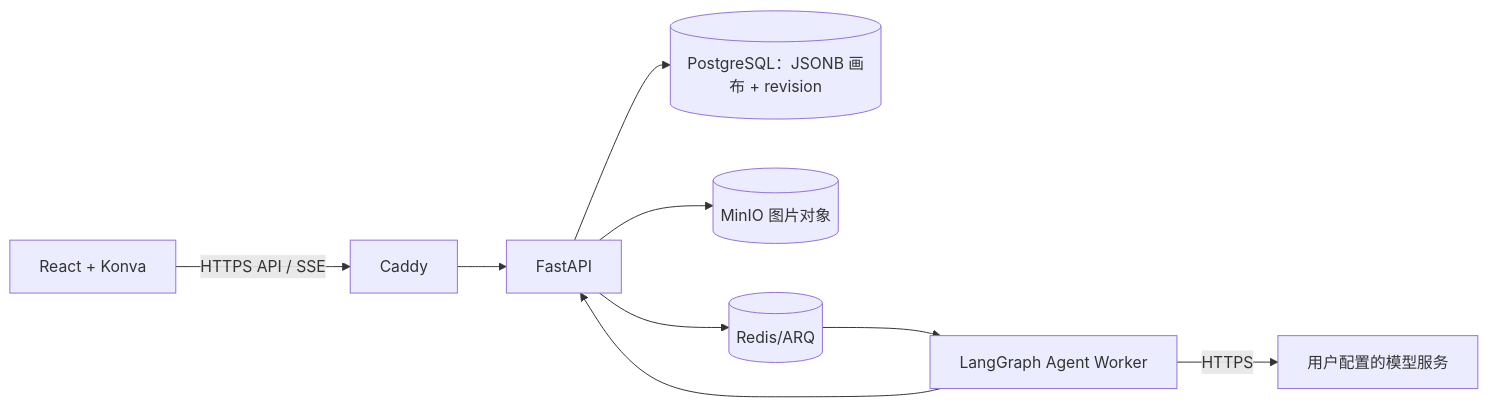
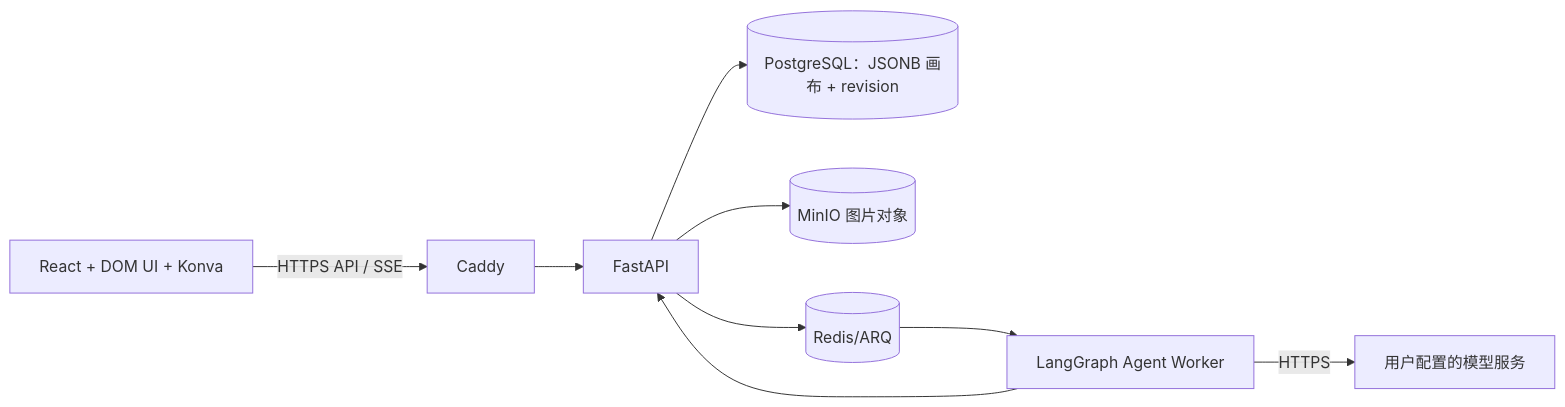
The diagram in docs/ARCHITECTURE.md (leileigwl/online-canvas-platform), drawn with Mermaid before and after one commit. The commit also changed other lines of this file and 11 other files, not shown here.

````diff
--- a/docs/ARCHITECTURE.md
+++ b/docs/ARCHITECTURE.md
@@ -9,11 +9,11 @@
 ```mermaid
 flowchart LR
-  Browser[React + Konva] -->|HTTPS API / SSE| Proxy[Caddy]
+  Browser[React + DOM UI + Konva] -->|HTTPS API / SSE| Proxy[Caddy]
   Proxy --> API[FastAPI]
   API --> PG[(PostgreSQL：JSONB 画布 + revision)]
   API --> MinIO[(MinIO 图片对象)]
   API --> Redis[(Redis/ARQ)]
   Redis --> Worker[LangGraph Agent Worker]
   Worker -->|HTTPS| Model[用户配置的模型服务]
   Worker --> API
 ```
````
